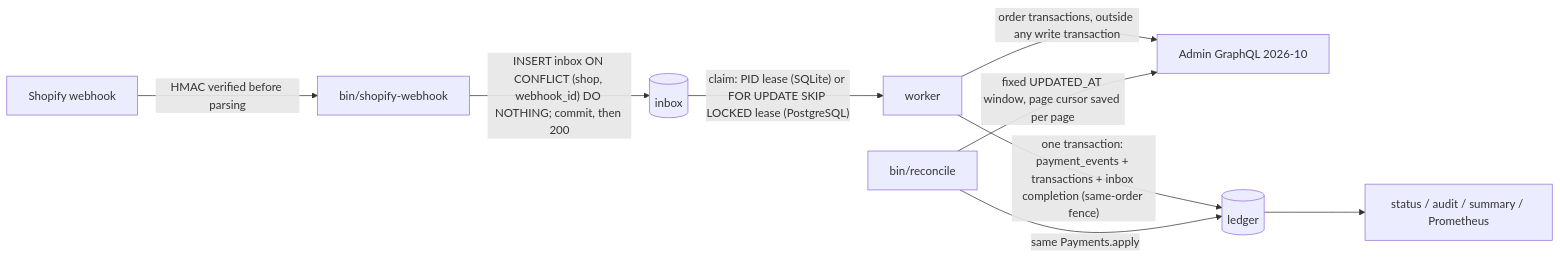
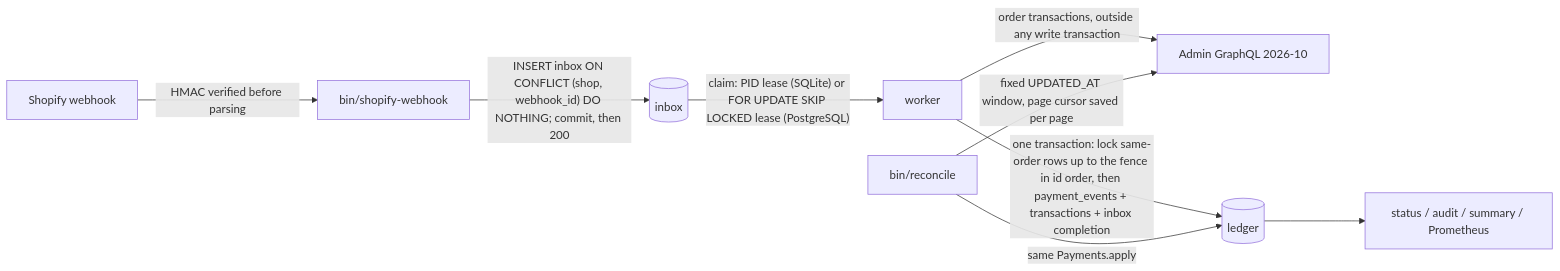
Before and after one commit to SPatel2133/Keystone: the diagram in docs/architecture.md, drawn with Mermaid.

Commit message:
Architecture: completion locks same-order rows in id order

````diff
--- a/docs/architecture.md
+++ b/docs/architecture.md
@@ -5,11 +5,11 @@
 ```mermaid
 flowchart LR
   S[Shopify webhook] -->|HMAC verified before parsing| W[bin/shopify-webhook]
   W -->|"INSERT inbox ON CONFLICT (shop, webhook_id) DO NOTHING; commit, then 200"| I[(inbox)]
   I -->|"claim: PID lease (SQLite) or FOR UPDATE SKIP LOCKED lease (PostgreSQL)"| K[worker]
   K -->|"order transactions, outside any write transaction"| A[Admin GraphQL 2026-10]
-  K -->|"one transaction: payment_events + transactions + inbox completion (same-order fence)"| L[(ledger)]
+  K -->|"one transaction: lock same-order rows up to the fence in id order, then payment_events + transactions + inbox completion"| L[(ledger)]
   R[bin/reconcile] -->|"fixed UPDATED_AT window, page cursor saved per page"| A
   R -->|"same Payments.apply"| L
   L --> O[status / audit / summary / Prometheus]
 ```
````
